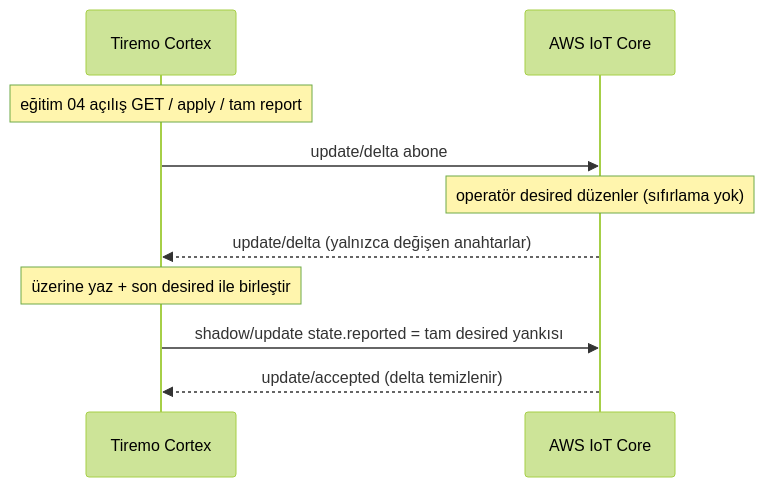
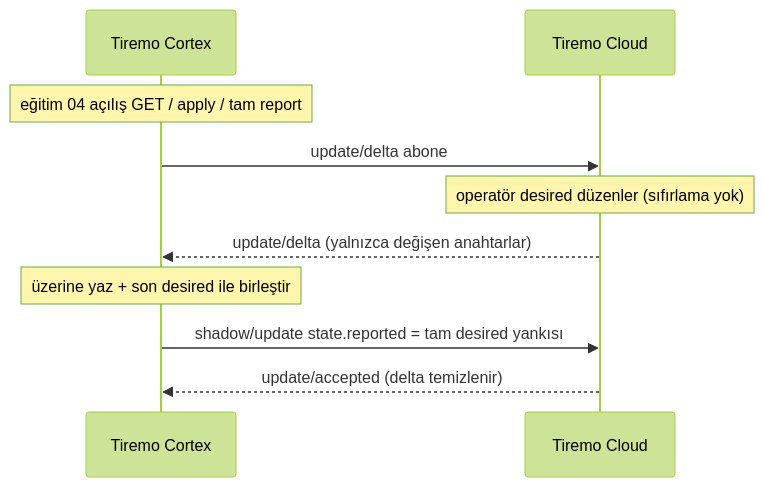
Before and after one commit to Empa-Electronics/Tiremo-Cortex-Tutorials: the first of 2 diagrams in docs-tr/Tiremo_Cloud/Feature_Tutorials/05-Live_Shadow_Delta_Handling/README.md, drawn with Mermaid (forest theme). The commit also changed other lines of this file and 113 other files, not shown here.

````diff
--- a/docs-tr/Tiremo_Cloud/Feature_Tutorials/05-Live_Shadow_Delta_Handling/README.md
+++ b/docs-tr/Tiremo_Cloud/Feature_Tutorials/05-Live_Shadow_Delta_Handling/README.md
@@ -45,13 +45,13 @@
 ```mermaid
 sequenceDiagram
     participant Board as Tiremo Cortex
-    participant AWS as AWS IoT Core
+    participant Cloud as Tiremo Cloud
 
     Note over Board: eğitim 04 açılış GET / apply / tam report
-    Board->>AWS: update/delta abone
-    Note over AWS: operatör desired düzenler (sıfırlama yok)
-    AWS-->>Board: update/delta (yalnızca değişen anahtarlar)
+    Board->>Cloud: update/delta abone
+    Note over Cloud: operatör desired düzenler (sıfırlama yok)
+    Cloud-->>Board: update/delta (yalnızca değişen anahtarlar)
     Note over Board: üzerine yaz + son desired ile birleştir
-    Board->>AWS: shadow/update state.reported = tam desired yankısı
-    AWS-->>Board: update/accepted (delta temizlenir)
+    Board->>Cloud: shadow/update state.reported = tam desired yankısı
+    Cloud-->>Board: update/accepted (delta temizlenir)
 ```
````
